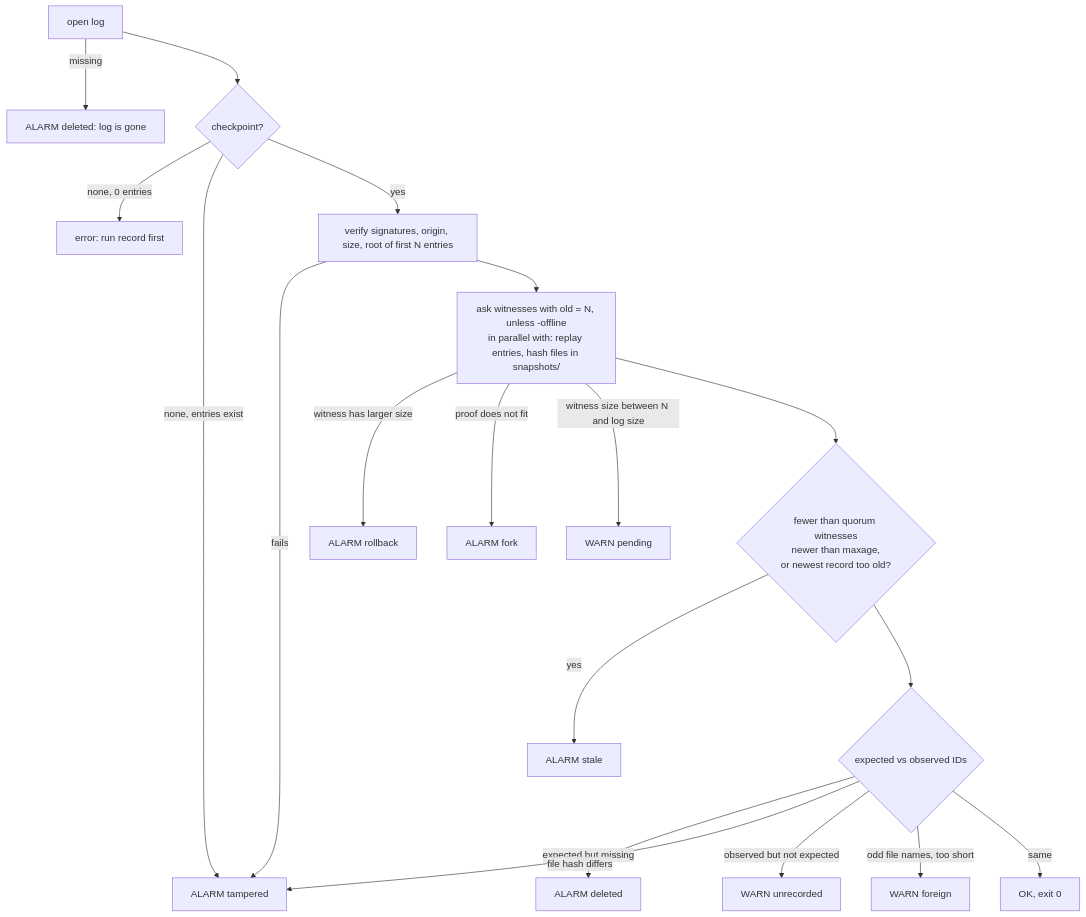
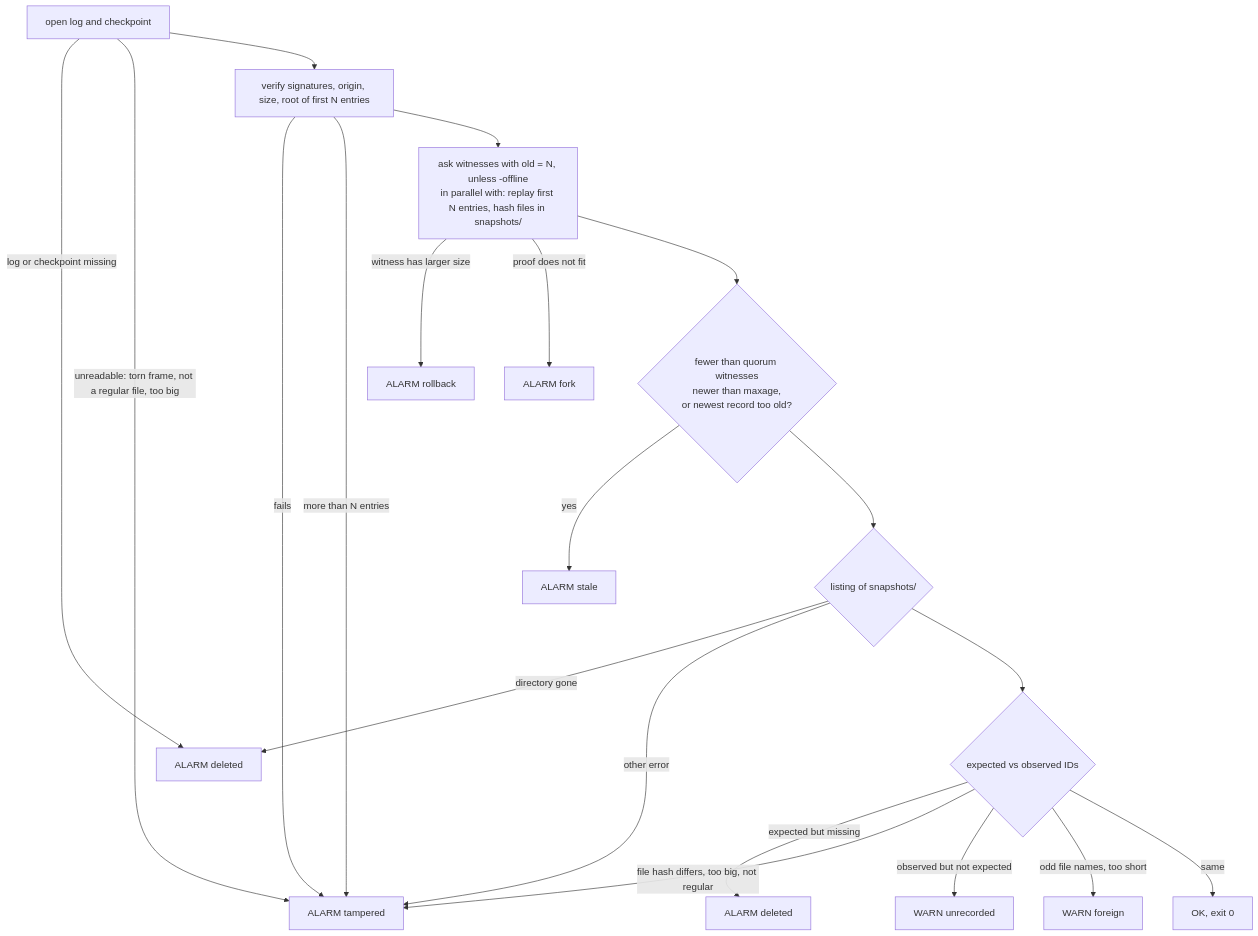
One commit to buildwithme/snapwitness changed the second of 2 diagrams in docs/design.md. Above: the diagram before and after it, drawn with Mermaid. The commit also changed other lines of this file and 1 other file, not shown here.

Commit message:
docs: update the design for the genesis checkpoint

````diff
--- a/docs/design.md
+++ b/docs/design.md
@@ -127,21 +139,22 @@
 ```mermaid
 flowchart TD
-    A[open log] -->|missing| X1[ALARM deleted: log is gone]
-    A --> B{checkpoint?}
-    B -->|none, 0 entries| E1[error: run record first]
-    B -->|none, entries exist| X2[ALARM tampered]
-    B -->|yes| C[verify signatures, origin, size, root of first N entries]
+    A[open log and checkpoint] -->|log or checkpoint missing| X1[ALARM deleted]
+    A -->|unreadable: torn frame, not a regular file, too big| X2[ALARM tampered]
+    A --> C[verify signatures, origin, size, root of first N entries]
     C -->|fails| X2
-    C --> D[ask witnesses with old = N, unless -offline<br/>in parallel with: replay entries, hash files in snapshots/]
+    C -->|more than N entries| X2
+    C --> D[ask witnesses with old = N, unless -offline<br/>in parallel with: replay first N entries, hash files in snapshots/]
     D -->|witness has larger size| X3[ALARM rollback]
     D -->|proof does not fit| X4[ALARM fork]
-    D -->|witness size between N and log size| W1[WARN pending]
     D --> F{fewer than quorum witnesses<br/>newer than maxage,<br/>or newest record too old?}
     F -->|yes| X5[ALARM stale]
-    F --> G{expected vs observed IDs}
+    F --> L{listing of snapshots/}
+    L -->|directory gone| X1
+    L -->|other error| X2
+    L --> G{expected vs observed IDs}
     G -->|expected but missing| X6[ALARM deleted]
-    G -->|file hash differs| X2
+    G -->|file hash differs, too big, not regular| X2
     G -->|observed but not expected| W2[WARN unrecorded]
     G -->|odd file names, too short| W3[WARN foreign]
     G -->|same| OK[OK, exit 0]
 ```
````
